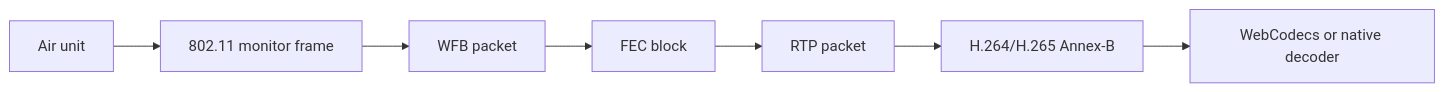
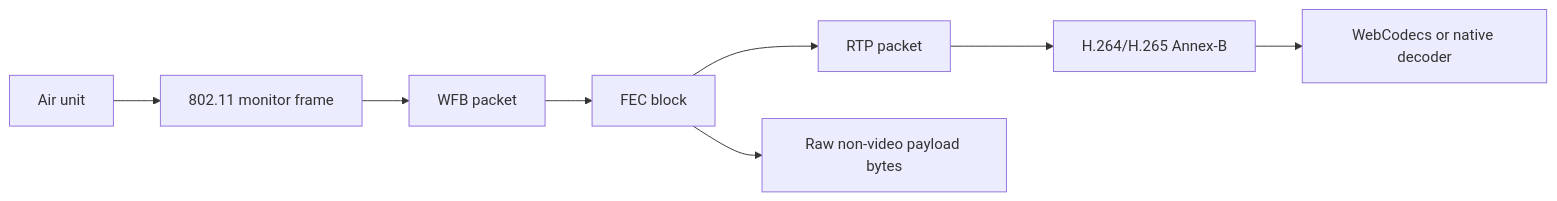
One commit to neelsani/openipc-rs changed the first of 2 diagrams in docs/docs/video-pipeline.md. Above: the diagram before and after it, drawn with Mermaid. The commit also changed other lines of this file and 74 other files, not shown here.

````diff
--- a/docs/docs/video-pipeline.md
+++ b/docs/docs/video-pipeline.md
@@ -11,9 +11,10 @@
 ```mermaid
 flowchart LR
     Air["Air unit"] --> Wifi["802.11 monitor frame"]
     Wifi --> Wfb["WFB packet"]
     Wfb --> Fec["FEC block"]
     Fec --> Rtp["RTP packet"]
     Rtp --> Video["H.264/H.265 Annex-B"]
     Video --> Decode["WebCodecs or native decoder"]
+    Fec --> Raw["Raw non-video payload bytes"]
 ```
````
